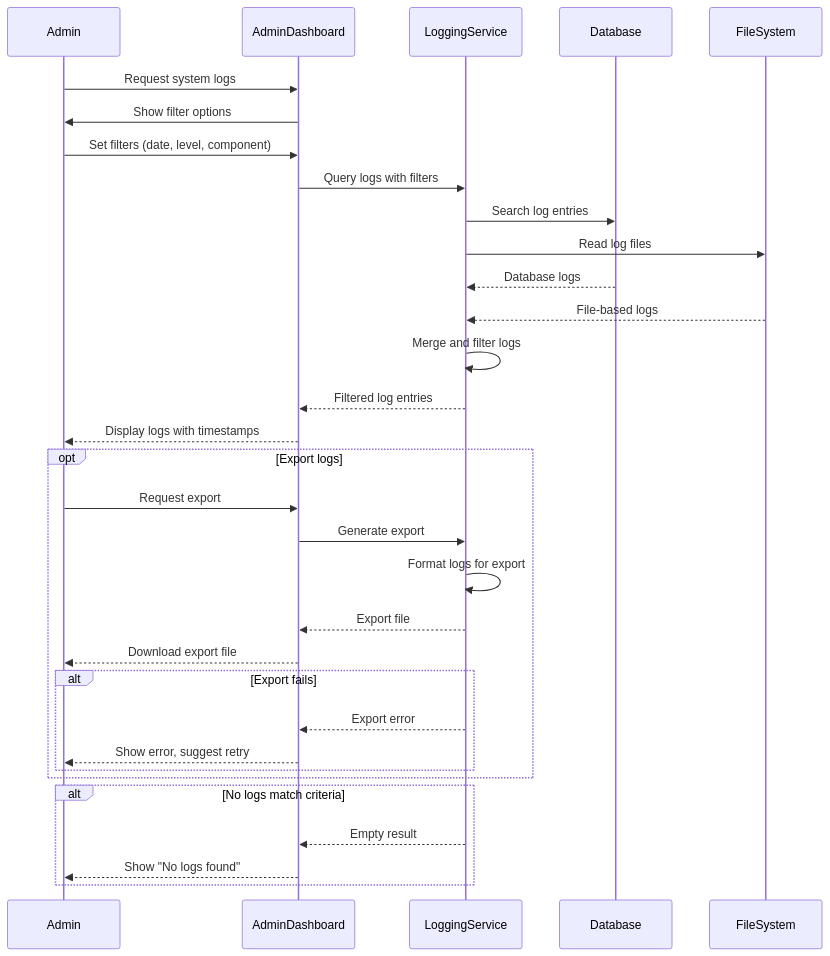
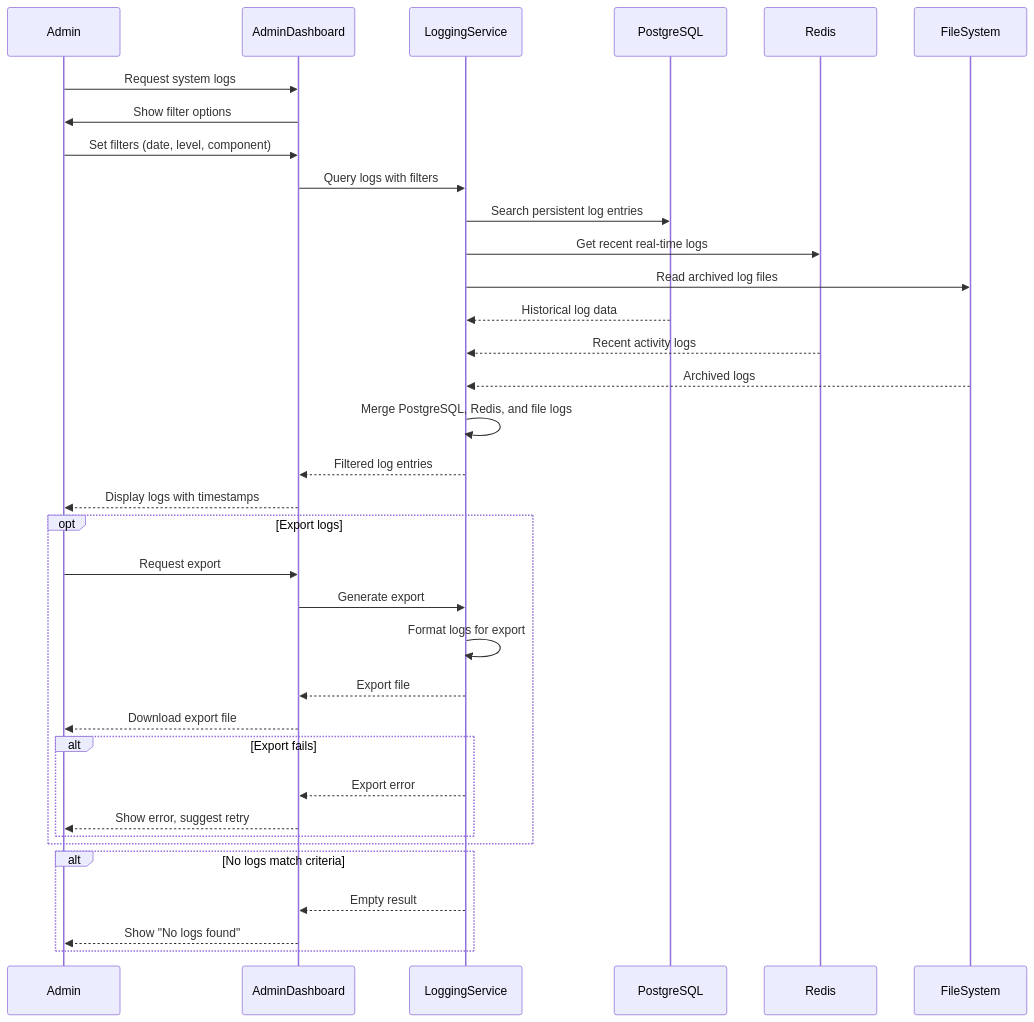
The diagram in docs/sequence-diagrams/admin/uc-a003-view-system-logs.md (alexmakeev/bomberman), drawn with Mermaid before and after one commit. The commit also changed 25 other files, not shown here.

First line of the commit message:
Implement unified event system architecture for maximum code reuse

````diff
--- a/docs/sequence-diagrams/admin/uc-a003-view-system-logs.md
+++ b/docs/sequence-diagrams/admin/uc-a003-view-system-logs.md
@@ -3,41 +3,44 @@
 ```mermaid
 sequenceDiagram
     participant Admin
     participant AdminDashboard
     participant LoggingService
-    participant Database
+    participant PostgreSQL
+    participant Redis
     participant FileSystem
 
     Admin->>AdminDashboard: Request system logs
     AdminDashboard->>Admin: Show filter options
     Admin->>AdminDashboard: Set filters (date, level, component)
     
     AdminDashboard->>LoggingService: Query logs with filters
-    LoggingService->>Database: Search log entries
-    LoggingService->>FileSystem: Read log files
+    LoggingService->>PostgreSQL: Search persistent log entries
+    LoggingService->>Redis: Get recent real-time logs
+    LoggingService->>FileSystem: Read archived log files
     
-    Database-->>LoggingService: Database logs
-    FileSystem-->>LoggingService: File-based logs
+    PostgreSQL-->>LoggingService: Historical log data
+    Redis-->>LoggingService: Recent activity logs
+    FileSystem-->>LoggingService: Archived logs
     
-    LoggingService->>LoggingService: Merge and filter logs
+    LoggingService->>LoggingService: Merge PostgreSQL, Redis, and file logs
     LoggingService-->>AdminDashboard: Filtered log entries
     AdminDashboard-->>Admin: Display logs with timestamps
 
     opt Export logs
         Admin->>AdminDashboard: Request export
         AdminDashboard->>LoggingService: Generate export
         LoggingService->>LoggingService: Format logs for export
         LoggingService-->>AdminDashboard: Export file
         AdminDashboard-->>Admin: Download export file
         
         alt Export fails
             LoggingService-->>AdminDashboard: Export error
             AdminDashboard-->>Admin: Show error, suggest retry
         end
     end
 
     alt No logs match criteria
         LoggingService-->>AdminDashboard: Empty result
         AdminDashboard-->>Admin: Show "No logs found"
     end
 ```
````
